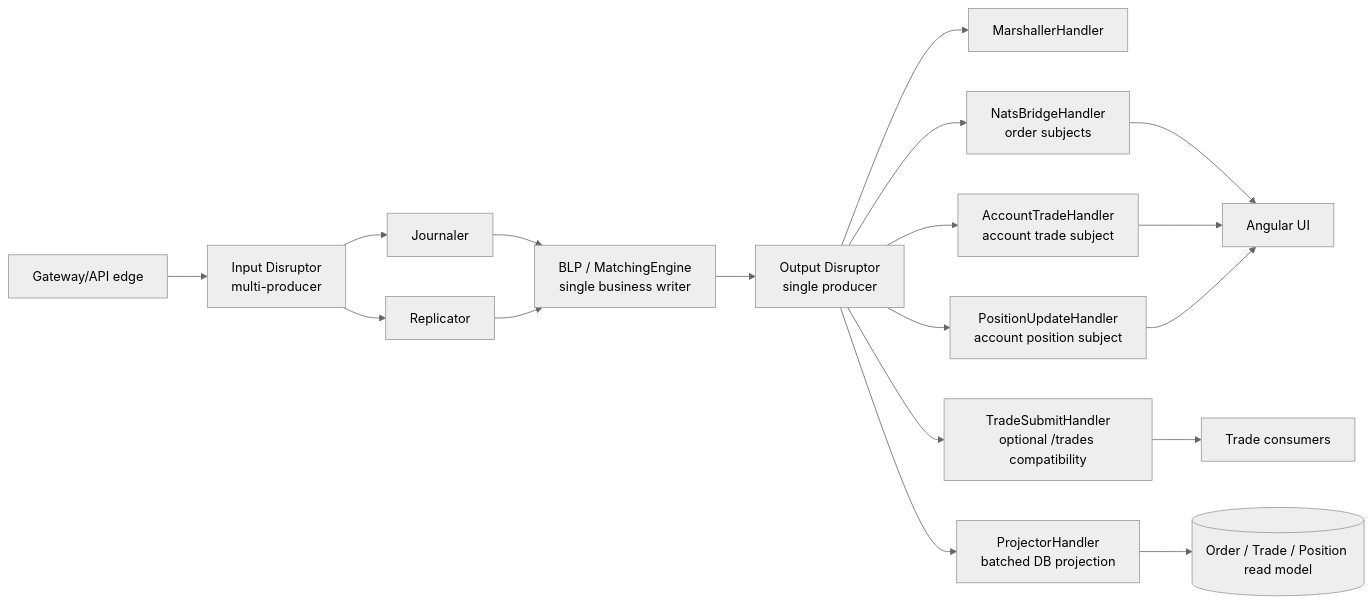
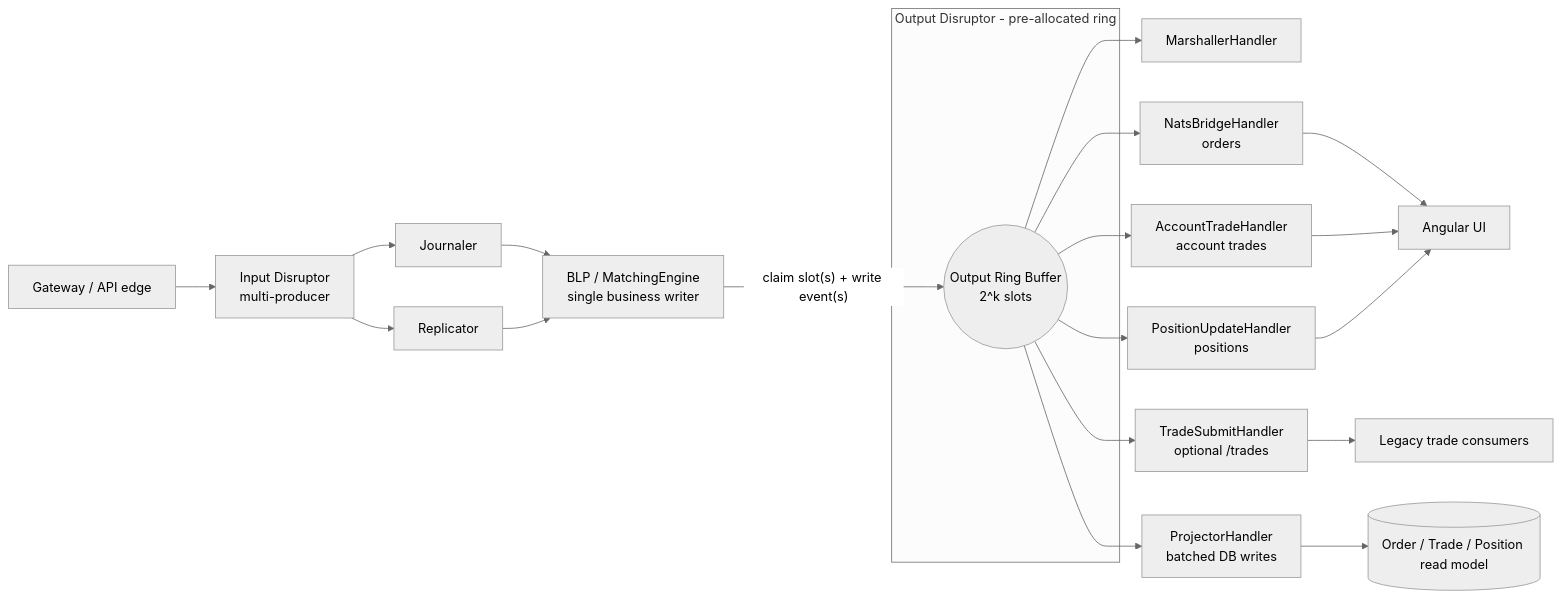
The diagram in LMAX-OUTPUT-DISRUPTOR.md (YU-CS-Summer-2026-Distributed-TraderX/traderX), drawn with Mermaid (neutral theme) before and after one commit. The commit also changed other lines of this file, not shown here.

Commit message:
LMAX-OUTPUT-DISRUPTOR.md now looks more like the previous md style

````diff
--- a/LMAX-OUTPUT-DISRUPTOR.md
+++ b/LMAX-OUTPUT-DISRUPTOR.md
@@ -14,22 +67,27 @@
 ```mermaid
 flowchart LR
-  G["Gateway/API edge"] --> IR["Input Disruptor<br/>multi-producer"]
+  G["Gateway / API edge"] --> IR["Input Disruptor<br/>multi-producer"]
   IR --> J["Journaler"]
   IR --> R["Replicator"]
   J --> BLP["BLP / MatchingEngine<br/>single business writer"]
   R --> BLP
-  BLP --> OR["Output Disruptor<br/>single producer"]
+
+  BLP -->|"claim slot(s) + write event(s)"| OR
+
+  subgraph OUTD["Output Disruptor - pre-allocated ring"]
+    OR(("Output Ring Buffer<br/>2^k slots"))
+  end
 
   OR --> M["MarshallerHandler"]
-  OR --> OB["NatsBridgeHandler<br/>order subjects"]
-  OR --> AT["AccountTradeHandler<br/>account trade subject"]
-  OR --> PU["PositionUpdateHandler<br/>account position subject"]
-  OR --> TS["TradeSubmitHandler<br/>optional /trades compatibility"]
-  OR --> P["ProjectorHandler<br/>batched DB projection"]
+  OR --> NB["NatsBridgeHandler<br/>orders"]
+  OR --> AT["AccountTradeHandler<br/>account trades"]
+  OR --> PU["PositionUpdateHandler<br/>positions"]
+  OR --> TS["TradeSubmitHandler<br/>optional /trades"]
+  OR --> PRJ["ProjectorHandler<br/>batched DB writes"]
 
-  OB --> UI["Angular UI"]
+  NB --> UI["Angular UI"]
   AT --> UI
   PU --> UI
-  TS --> TP["Trade consumers"]
-  P --> DB[("Order / Trade / Position read model")]
+  TS --> LEGACY["Legacy trade consumers"]
+  PRJ --> DB[("Order / Trade / Position read model")]
 ```
````
